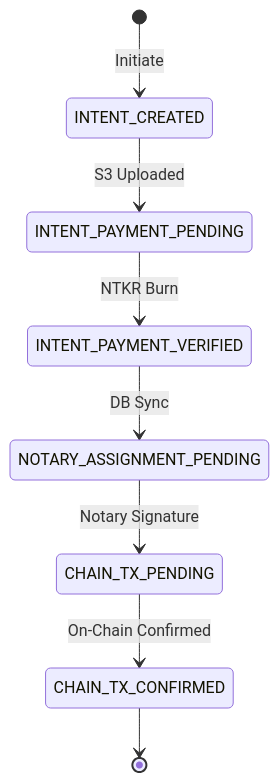
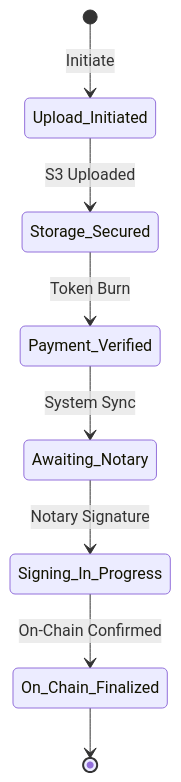
Before and after one commit to CoderShubhamMate/Block-Chain-Based-Secure-Notarization-System: the second of 4 diagrams in README.md, drawn with Mermaid. The commit also changed other lines of this file, not shown here.

````diff
--- a/README.md
+++ b/README.md
@@ -58,10 +58,10 @@
 ```mermaid
 stateDiagram-v2
-    [*] --> INTENT_CREATED: Initiate
-    INTENT_CREATED --> INTENT_PAYMENT_PENDING: S3 Uploaded
-    INTENT_PAYMENT_PENDING --> INTENT_PAYMENT_VERIFIED: NTKR Burn
-    INTENT_PAYMENT_VERIFIED --> NOTARY_ASSIGNMENT_PENDING: DB Sync
-    NOTARY_ASSIGNMENT_PENDING --> CHAIN_TX_PENDING: Notary Signature
-    CHAIN_TX_PENDING --> CHAIN_TX_CONFIRMED: On-Chain Confirmed
-    CHAIN_TX_CONFIRMED --> [*]
+    [*] --> Upload_Initiated: Initiate
+    Upload_Initiated --> Storage_Secured: S3 Uploaded
+    Storage_Secured --> Payment_Verified: Token Burn
+    Payment_Verified --> Awaiting_Notary: System Sync
+    Awaiting_Notary --> Signing_In_Progress: Notary Signature
+    Signing_In_Progress --> On_Chain_Finalized: On-Chain Confirmed
+    On_Chain_Finalized --> [*]
 ```
````
